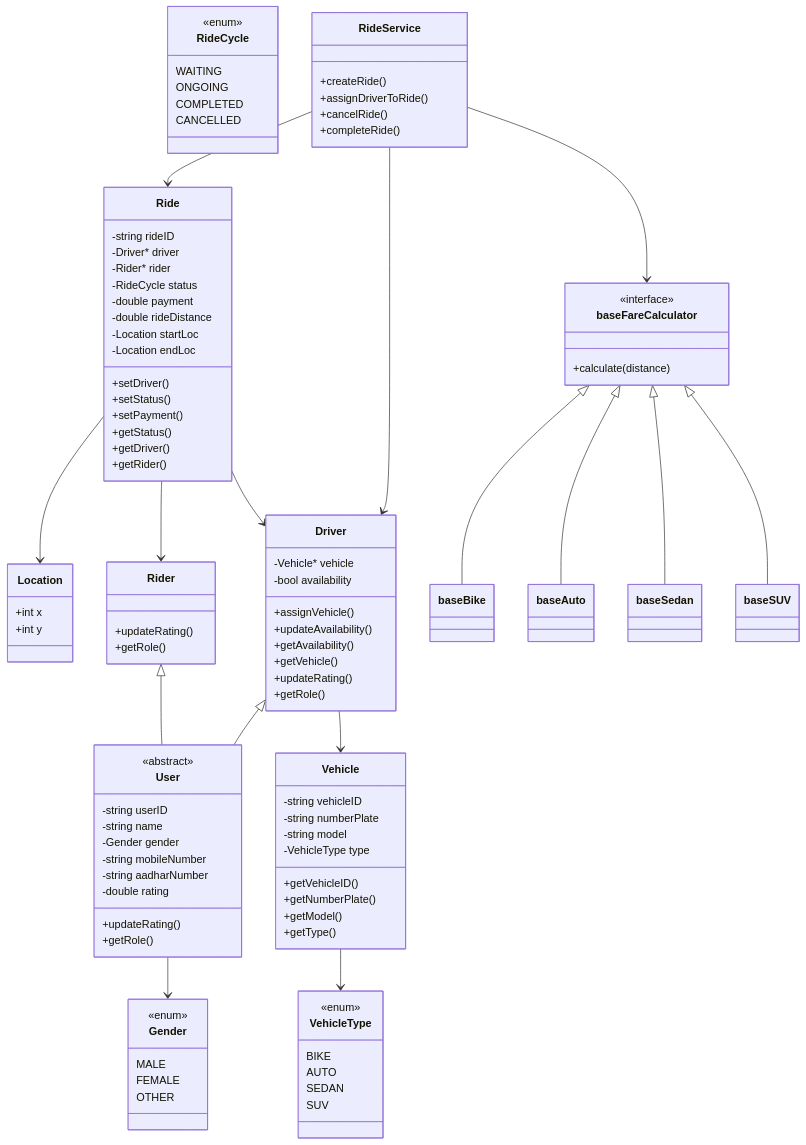
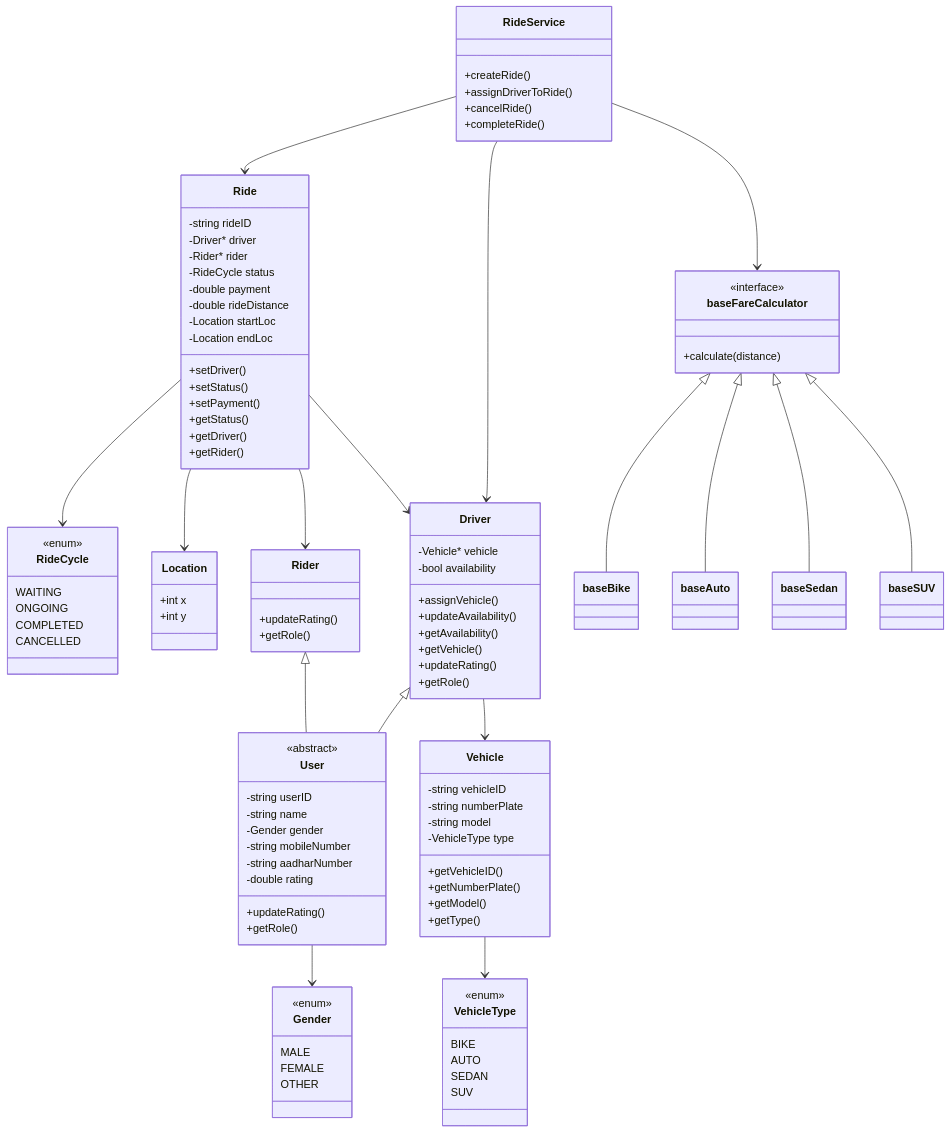
Before and after one commit to ShreedharG/Ride_Sharing-System_Design: the diagram in README.md, drawn with Mermaid.

Commit message:
Add RideCycle mapping to Ride
Better readable design + easier directions

```diff
--- a/README.md
+++ b/README.md
@@ -142,6 +142,7 @@
     Ride --> Rider
     Ride --> Driver
     Ride --> Location
+    Ride --> RideCycle
     RideService --> Ride
     RideService --> Driver
     RideService --> baseFareCalculator
```
